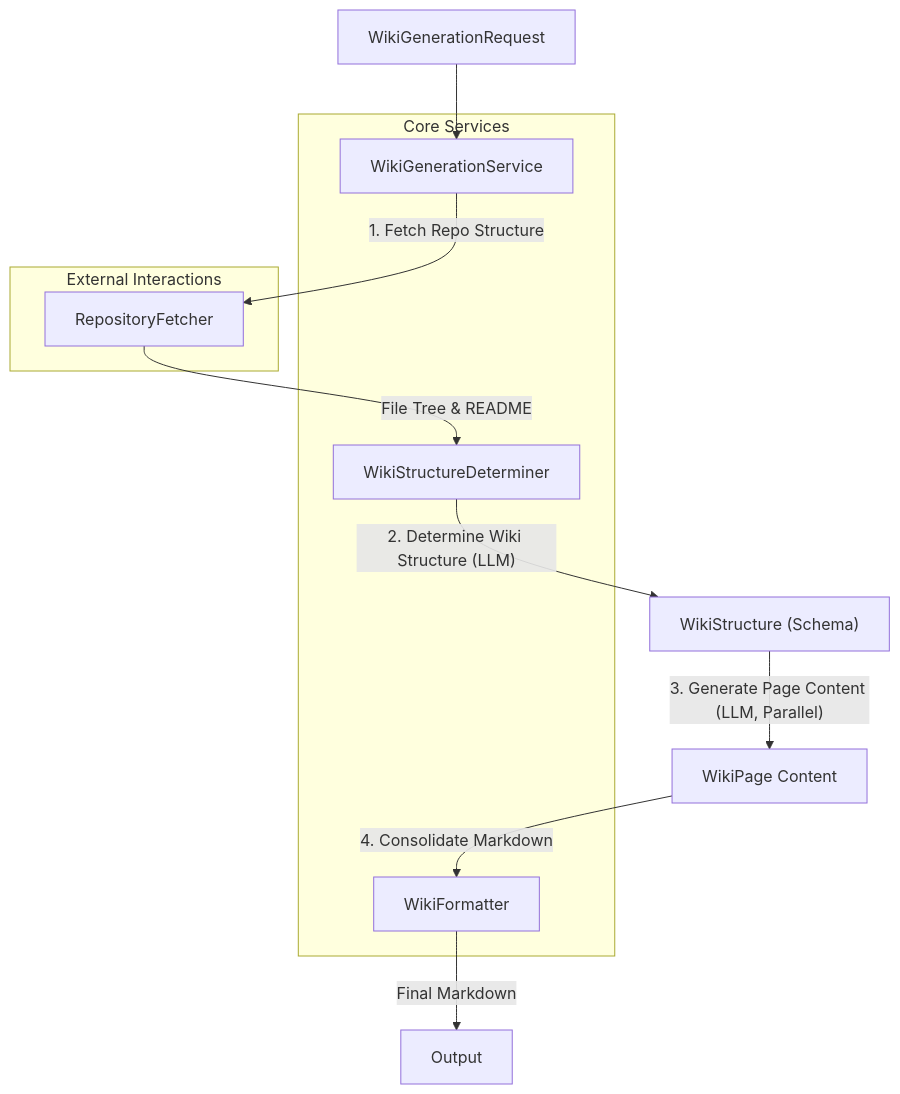
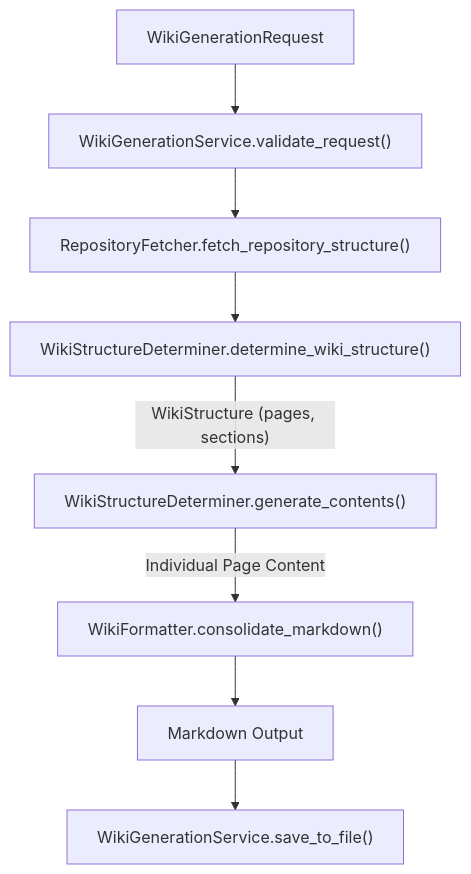
The third of 24 diagrams in examples/wiki_as_README.md (catuscio/wiki-as-readme), drawn with Mermaid before and after one commit. The commit also changed other lines of this file, not shown here.

````diff
--- a/examples/wiki_as_README.md
+++ b/examples/wiki_as_README.md
@@ -267,20 +330,10 @@
 ```mermaid
 graph TD
-    A["WikiGenerationRequest"] --> B["WikiGenerationService"];
-    B -- "1. Fetch Repo Structure" --> C["RepositoryFetcher"];
-    C -- "File Tree & README" --> D["WikiStructureDeterminer"];
-    D -- "2. Determine Wiki Structure (LLM)" --> E["WikiStructure (Schema)"];
-    E -- "3. Generate Page Content (LLM, Parallel)" --> F["WikiPage Content"];
-    F -- "4. Consolidate Markdown" --> G["WikiFormatter"];
-    G -- "Final Markdown" --> H["Output"];
-
-    subgraph Core Services
-        B
-        D
-        G
-    end
-
-    subgraph External Interactions
-        C
-    end
+    A["WikiGenerationRequest"] --> B["WikiGenerationService.validate_request()"];
+    B --> C["RepositoryFetcher.fetch_repository_structure()"];
+    C --> D["WikiStructureDeterminer.determine_wiki_structure()"];
+    D -- "WikiStructure (pages, sections)" --> E["WikiStructureDeterminer.generate_contents()"];
+    E -- "Individual Page Content" --> F["WikiFormatter.consolidate_markdown()"];
+    F --> G["Markdown Output"];
+    G --> H["WikiGenerationService.save_to_file()"];
 ```
````
